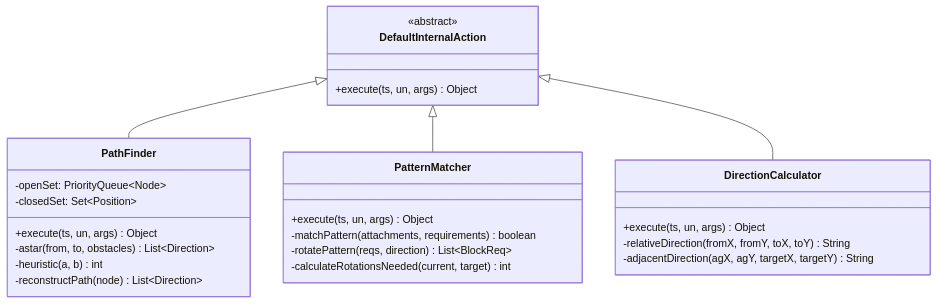
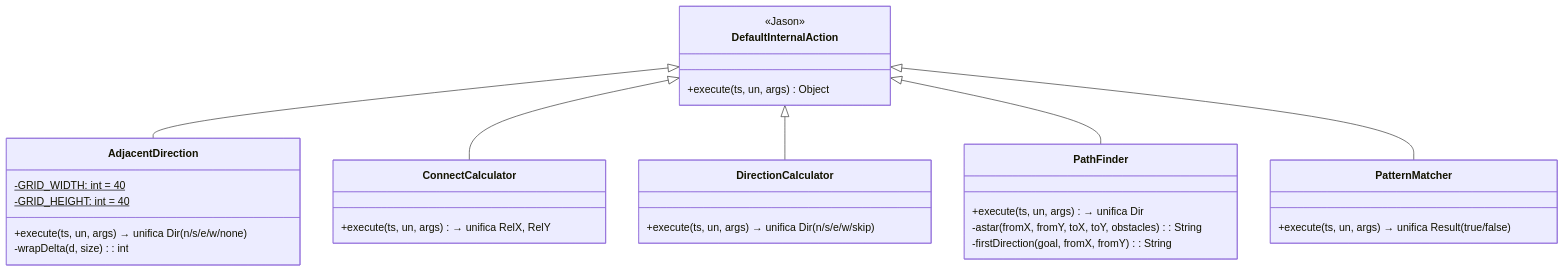
The sixth of 19 diagrams in doc/ARCH.md (MarceloNG/PCS5703-MAS-HIVE), drawn with Mermaid before and after one commit. The commit also changed other lines of this file and 33 other files, not shown here.

````diff
--- a/doc/ARCH.md
+++ b/doc/ARCH.md
@@ -264,33 +297,38 @@
 ```mermaid
 classDiagram
     class DefaultInternalAction {
-        <<abstract>>
+        <<Jason>>
         +execute(ts, un, args) Object
     }
 
+    class AdjacentDirection {
+        -GRID_WIDTH: int = 40$
+        -GRID_HEIGHT: int = 40$
+        +execute(ts, un, args) → unifica Dir (n/s/e/w/none)
+        -wrapDelta(d, size): int
+    }
+
+    class ConnectCalculator {
+        +execute(ts, un, args) → unifica RelX, RelY
+    }
+
+    class DirectionCalculator {
+        +execute(ts, un, args) → unifica Dir (n/s/e/w/skip)
+    }
+
     class PathFinder {
-        -openSet: PriorityQueue~Node~
-        -closedSet: Set~Position~
-        +execute(ts, un, args) Object
-        -astar(from, to, obstacles) List~Direction~
-        -heuristic(a, b) int
-        -reconstructPath(node) List~Direction~
+        +execute(ts, un, args) → unifica Dir
+        -astar(fromX, fromY, toX, toY, obstacles): String
+        -firstDirection(goal, fromX, fromY): String
     }
 
     class PatternMatcher {
-        +execute(ts, un, args) Object
-        -matchPattern(attachments, requirements) boolean
-        -rotatePattern(reqs, direction) List~BlockReq~
-        -calculateRotationsNeeded(current, target) int
+        +execute(ts, un, args) → unifica Result (true/false)
     }
 
-    class DirectionCalculator {
-        +execute(ts, un, args) Object
-        -relativeDirection(fromX, fromY, toX, toY) String
-        -adjacentDirection(agX, agY, targetX, targetY) String
-    }
-
+    DefaultInternalAction <|-- AdjacentDirection
+    DefaultInternalAction <|-- ConnectCalculator
+    DefaultInternalAction <|-- DirectionCalculator
     DefaultInternalAction <|-- PathFinder
     DefaultInternalAction <|-- PatternMatcher
-    DefaultInternalAction <|-- DirectionCalculator
 ```
````
